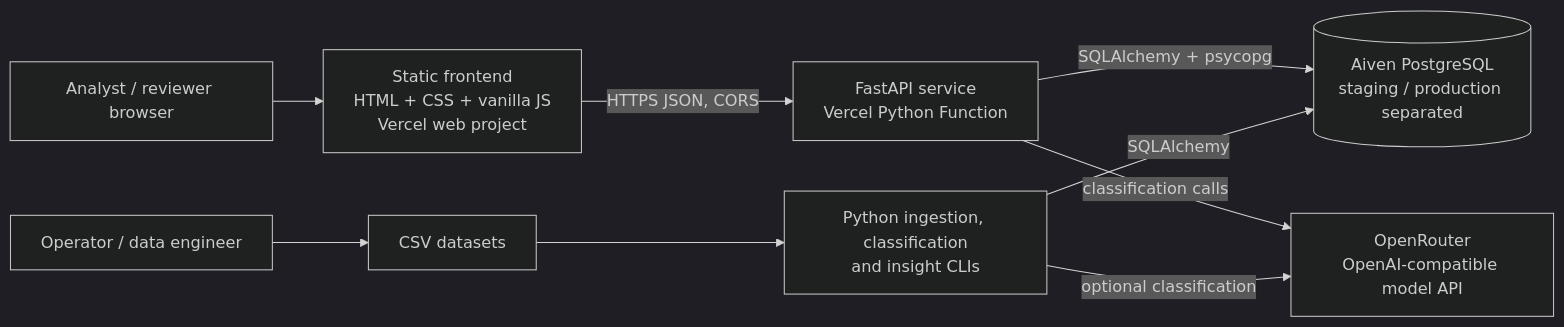
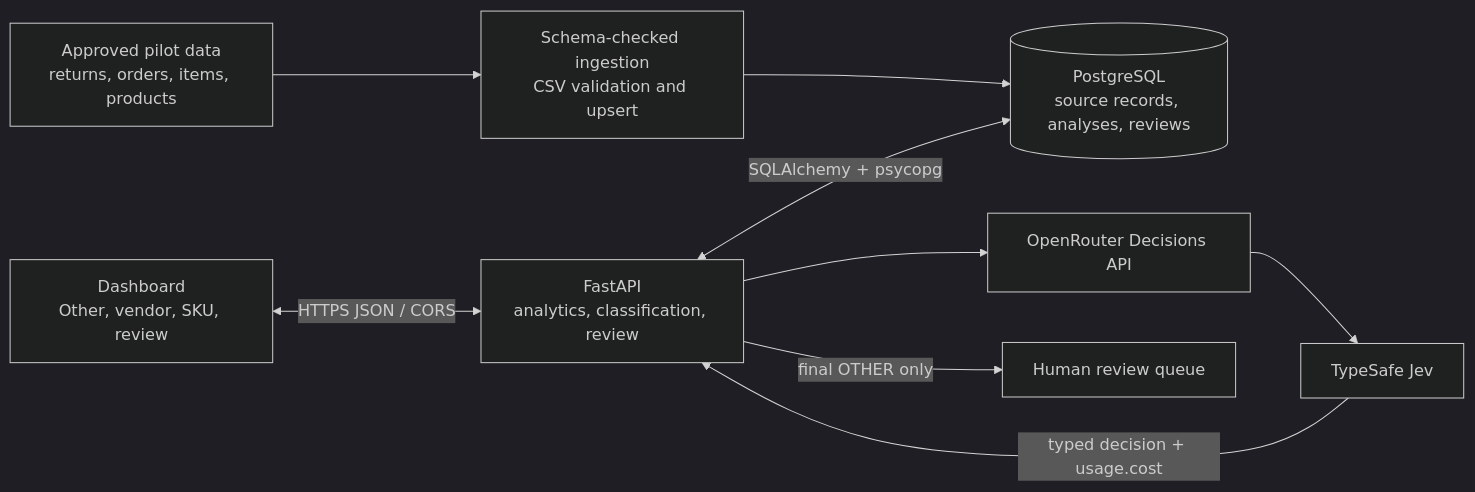
Before and after one commit to amolam/root-cause-intelligence: the first of 2 diagrams in docs/ARCHITECTURE.md, drawn with Mermaid (dark theme). The commit also changed other lines of this file and 5 other files, not shown here.

````diff
--- a/docs/ARCHITECTURE.md
+++ b/docs/ARCHITECTURE.md
@@ -17,19 +17,18 @@
 ```mermaid
 flowchart LR
-    U[Analyst / reviewer browser]
-    FE[Static frontend<br/>HTML + CSS + vanilla JS<br/>Vercel web project]
-    API[FastAPI service<br/>Vercel Python Function]
-    DB[(Aiven PostgreSQL<br/>staging / production separated)]
-    OR[OpenRouter<br/>OpenAI-compatible model API]
-    OP[Operator / data engineer]
-    CSV[CSV datasets]
-    CLI[Python ingestion, classification<br/>and insight CLIs]
+    DATA["Approved pilot data<br/>returns, orders, items, products"]
+    INGEST["Schema-checked ingestion<br/>CSV validation and upsert"]
+    DB[("PostgreSQL<br/>source records, analyses, reviews")]
+    UI["Dashboard<br/>Other, vendor, SKU, review"]
+    API["FastAPI<br/>analytics, classification, review"]
+    OR["OpenRouter Decisions API"]
+    JEV["TypeSafe Jev"]
+    REVIEW["Human review queue"]
 
-    U --> FE
-    FE -->|HTTPS JSON, CORS| API
-    API -->|SQLAlchemy + psycopg| DB
-    API -->|classification calls| OR
-    OP --> CSV --> CLI
-    CLI -->|SQLAlchemy| DB
-    CLI -->|optional classification| OR
+    DATA --> INGEST --> DB
+    UI <-->|"HTTPS JSON / CORS"| API
+    API <-->|"SQLAlchemy + psycopg"| DB
+    API --> OR --> JEV
+    JEV -->|"typed decision + usage.cost"| API
+    API -->|"final OTHER only"| REVIEW
 ```
````
